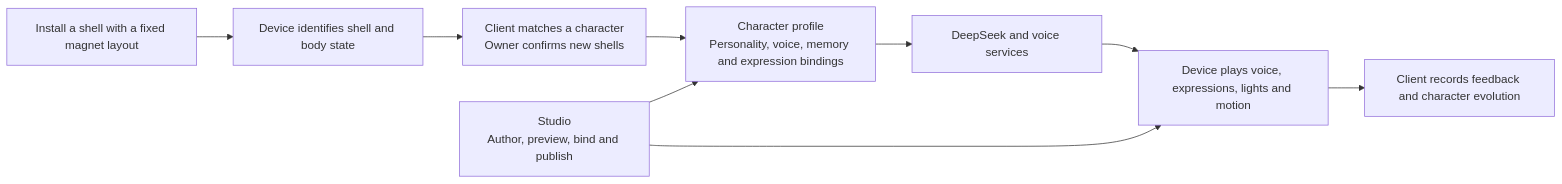
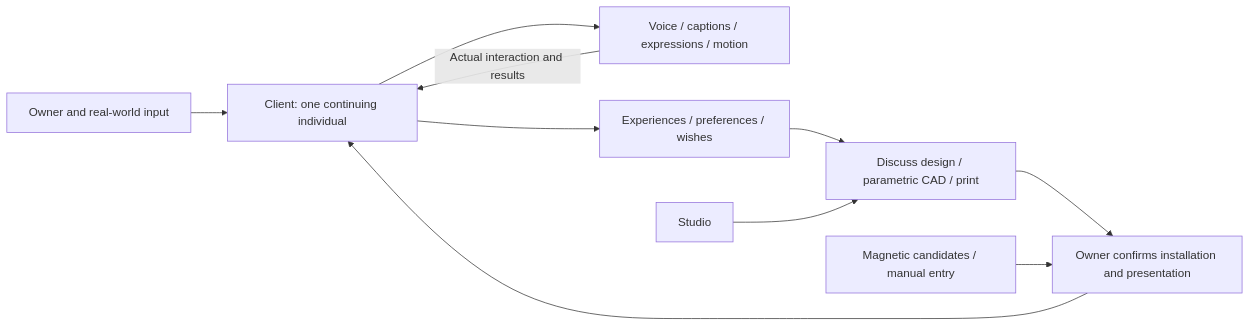
Before and after one commit to 404-NOT-FOUND-ERROR/DeskBot-Hardware: the diagram in README.en.md, drawn with Mermaid. The commit also changed other lines of this file and 1757 other files, not shown here.

First line of the commit message:
feat: publish DeskBot layered expressions and device integration

````diff
--- a/README.en.md
+++ b/README.en.md
@@ -46,11 +53,12 @@
 ```mermaid
 flowchart LR
-    A[Install a shell with a fixed magnet layout] --> B[Device identifies shell and body state]
-    B --> C[Client matches a character\nOwner confirms new shells]
-    C --> D[Character profile\nPersonality, voice, memory and expression bindings]
-    D --> E[DeepSeek and voice services]
-    E --> F[Device plays voice, expressions, lights and motion]
-    F --> G[Client records feedback and character evolution]
-    W[Studio\nAuthor, preview, bind and publish] --> D
-    W --> F
+    A[Owner and real-world input] --> B[Client: one continuing individual]
+    B --> C[Voice / captions / expressions / motion]
+    C -->|Actual interaction and results| B
+    B --> D[Experiences / preferences / wishes]
+    D --> E[Discuss design / parametric CAD / print]
+    E --> F[Owner confirms installation and presentation]
+    F --> B
+    W[Studio] --> E
+    M[Magnetic candidates / manual entry] --> F
 ```
````
